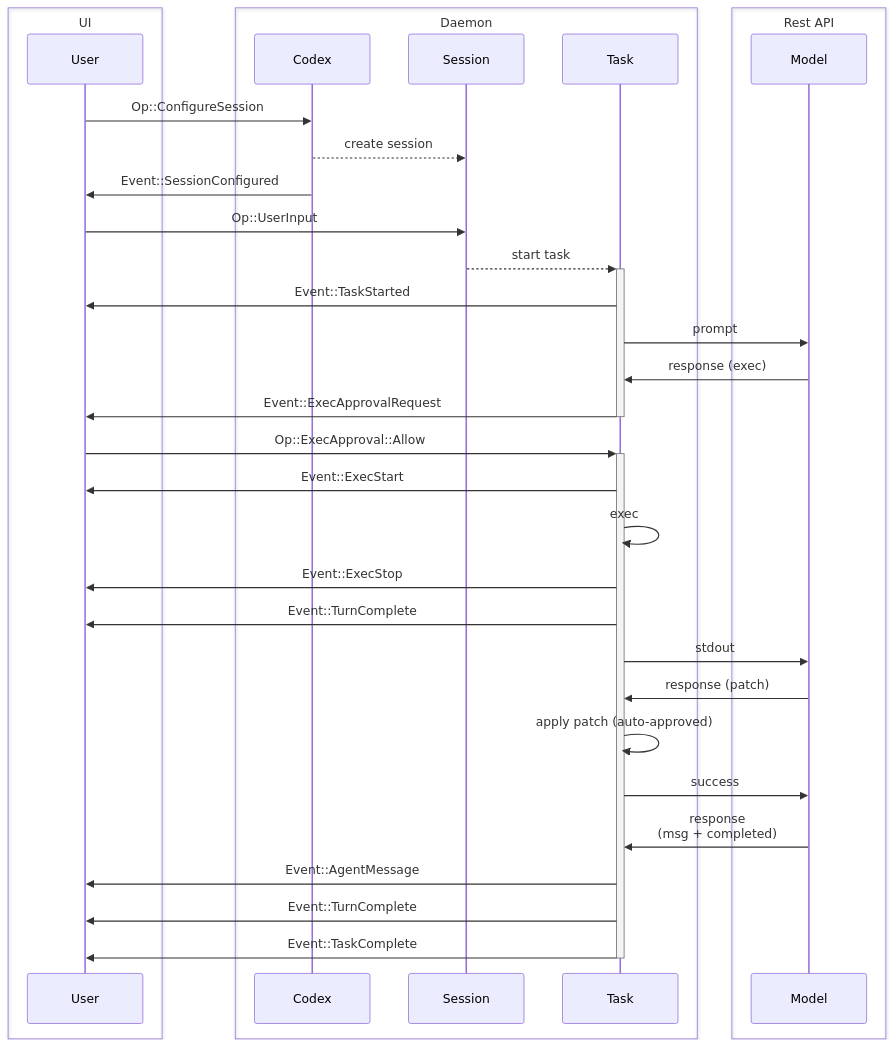
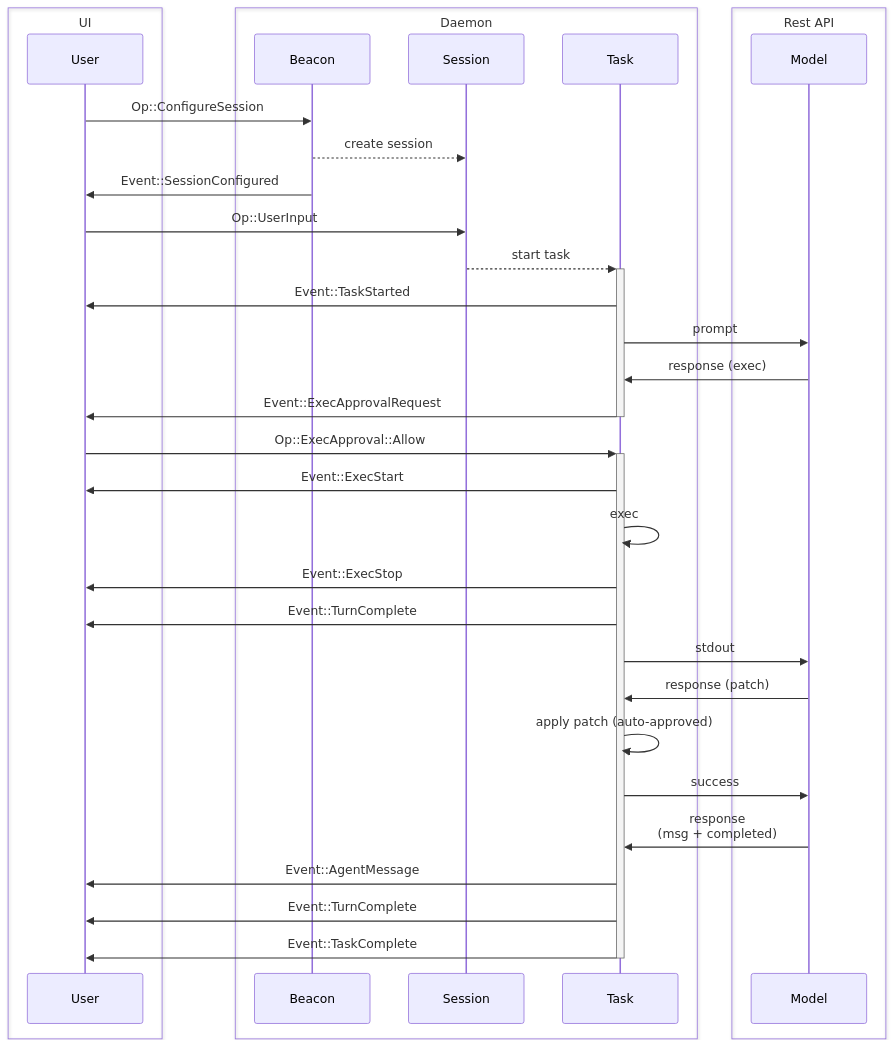
One commit to tytsxai/beacon-code changed the first of 2 diagrams in codex-rs/docs/protocol_v1.md. Above: the diagram before and after it, drawn with Mermaid. The commit also changed other lines of this file and 293 other files, not shown here.

````diff
--- a/codex-rs/docs/protocol_v1.md
+++ b/codex-rs/docs/protocol_v1.md
@@ -97,36 +97,36 @@
 ```mermaid
 sequenceDiagram
     box UI
     participant user as User
     end
     box Daemon
-    participant codex as Codex
+    participant beacon as Beacon
     participant session as Session
     participant task as Task
     end
     box Rest API
     participant agent as Model
     end
-    user->>codex: Op::ConfigureSession
-    codex-->>session: create session
-    codex->>user: Event::SessionConfigured
+    user->>beacon: Op::ConfigureSession
+    beacon-->>session: create session
+    beacon->>user: Event::SessionConfigured
     user->>session: Op::UserInput
     session-->>+task: start task
     task->>user: Event::TaskStarted
     task->>agent: prompt
     agent->>task: response (exec)
     task->>-user: Event::ExecApprovalRequest
     user->>+task: Op::ExecApproval::Allow
     task->>user: Event::ExecStart
     task->>task: exec
     task->>user: Event::ExecStop
     task->>user: Event::TurnComplete
     task->>agent: stdout
     agent->>task: response (patch)
     task->>task: apply patch (auto-approved)
     task->>agent: success
     agent->>task: response<br/>(msg + completed)
     task->>user: Event::AgentMessage
     task->>user: Event::TurnComplete
     task->>-user: Event::TaskComplete
 ```
````
